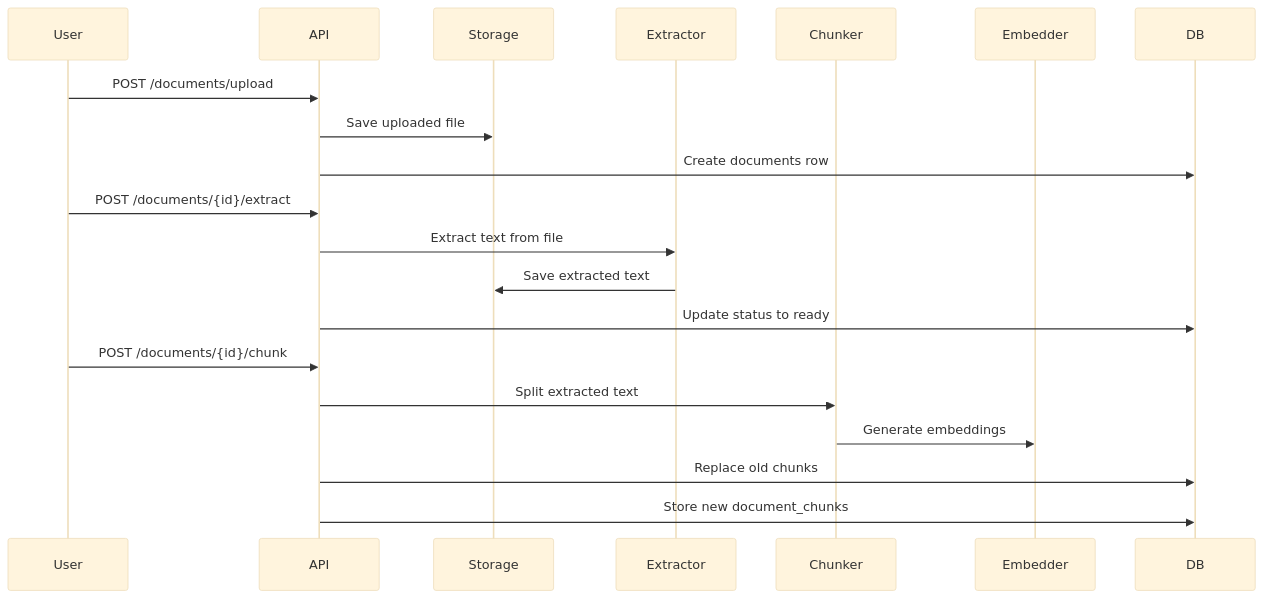
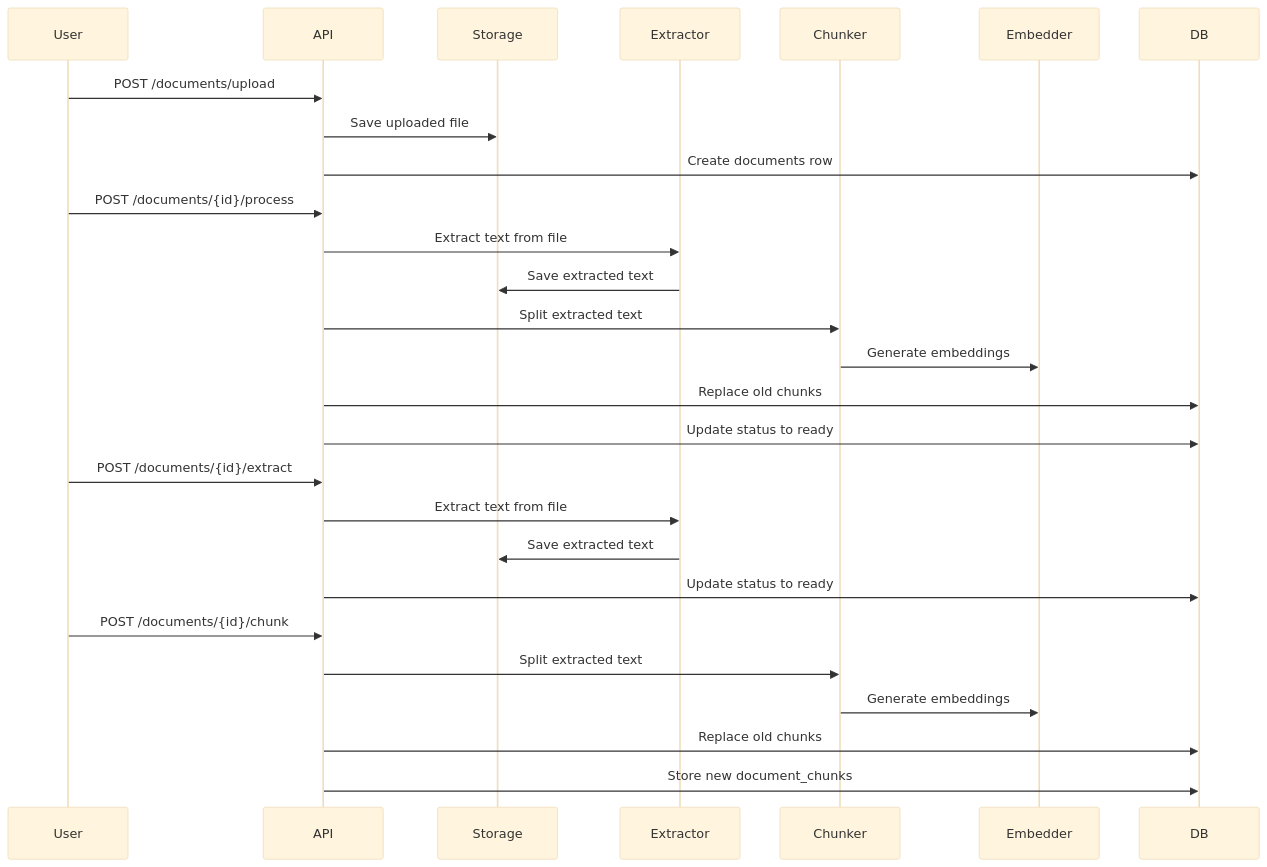
Before and after one commit to sumanbista/uniAdvisor: the second of 3 diagrams in backend/README.md, drawn with Mermaid (base theme). The commit also changed other lines of this file and 16 other files, not shown here.

````diff
--- a/backend/README.md
+++ b/backend/README.md
@@ -108,25 +110,33 @@
 ```mermaid
 sequenceDiagram
     participant User
     participant API
     participant Storage
     participant Extractor
     participant Chunker
     participant Embedder
     participant DB
 
     User->>API: POST /documents/upload
     API->>Storage: Save uploaded file
     API->>DB: Create documents row
 
+    User->>API: POST /documents/{id}/process
+    API->>Extractor: Extract text from file
+    Extractor->>Storage: Save extracted text
+    API->>Chunker: Split extracted text
+    Chunker->>Embedder: Generate embeddings
+    API->>DB: Replace old chunks
+    API->>DB: Update status to ready
+
     User->>API: POST /documents/{id}/extract
     API->>Extractor: Extract text from file
     Extractor->>Storage: Save extracted text
     API->>DB: Update status to ready
 
     User->>API: POST /documents/{id}/chunk
     API->>Chunker: Split extracted text
     Chunker->>Embedder: Generate embeddings
     API->>DB: Replace old chunks
     API->>DB: Store new document_chunks
 ```
````
